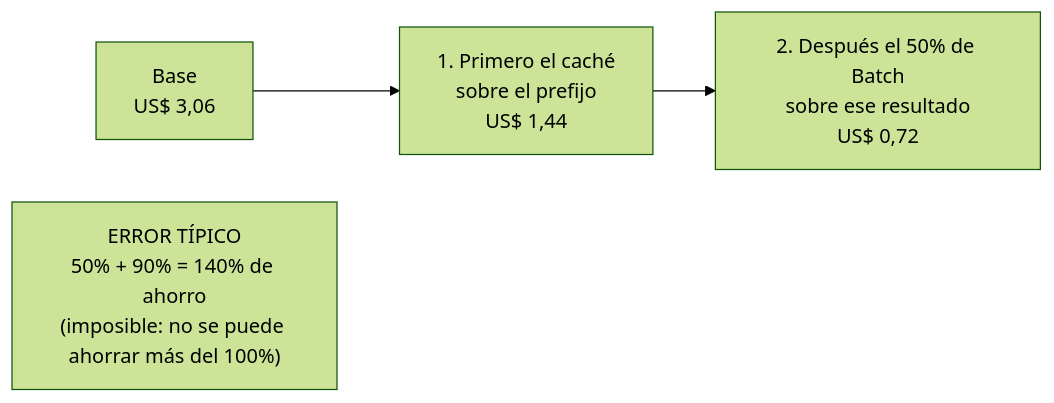
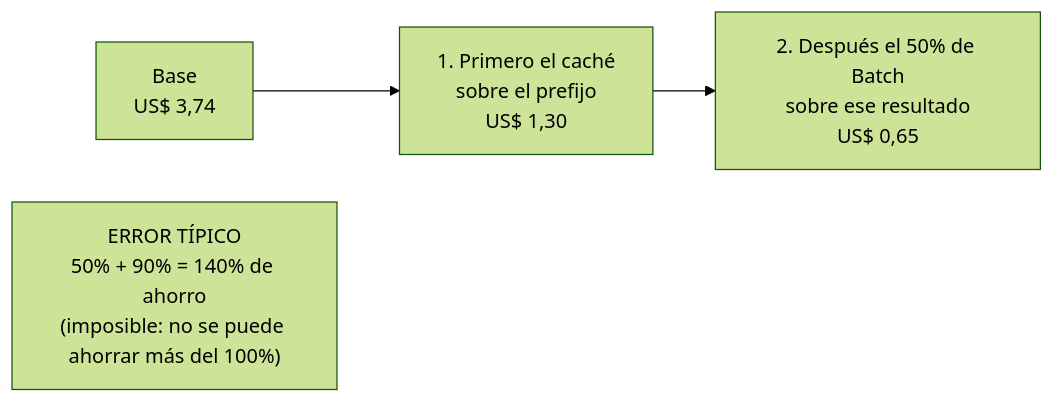
Before and after one commit to leanaraque/ai-automation-estudiantes: the third of 3 diagrams in semana-06/02-caching-y-batch.md, drawn with Mermaid (forest theme). The commit also changed other lines of this file and 3 other files, not shown here.

````diff
--- a/semana-06/02-caching-y-batch.md
+++ b/semana-06/02-caching-y-batch.md
@@ -91,5 +93,5 @@
 ```mermaid
 flowchart LR
-    B["Base<br/>US$ 3,06"] --> C["1. Primero el caché<br/>sobre el prefijo<br/>US$ 1,44"] --> D["2. Después el 50% de Batch<br/>sobre ese resultado<br/>US$ 0,72"]
+    B["Base<br/>US$ 3,74"] --> C["1. Primero el caché<br/>sobre el prefijo<br/>US$ 1,30"] --> D["2. Después el 50% de Batch<br/>sobre ese resultado<br/>US$ 0,65"]
     E["ERROR TÍPICO<br/>50% + 90% = 140% de ahorro<br/>(imposible: no se puede ahorrar más del 100%)"]
 ```
````
